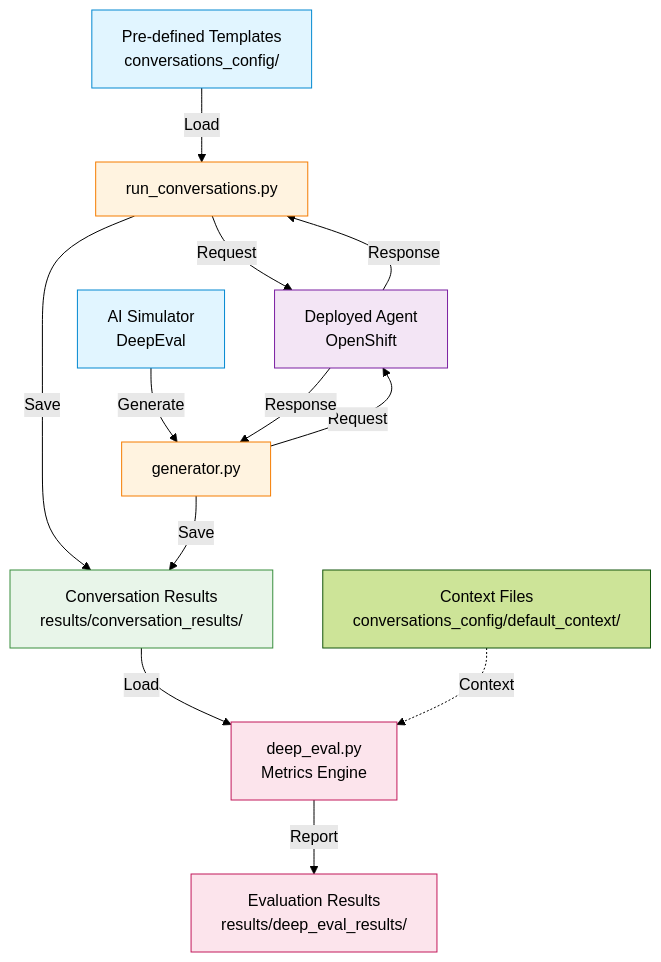
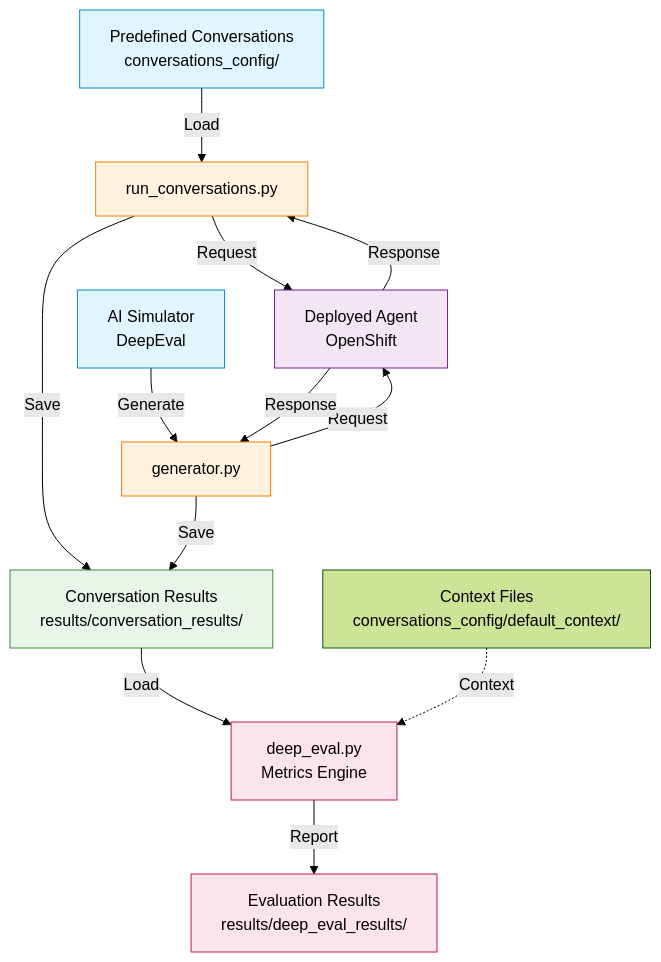
One commit to mhdawson/self-service-agent-blueprint changed the diagram in evaluations/README-NEW.md. Above: the diagram before and after it, drawn with Mermaid (forest theme). The commit also changed other lines of this file, not shown here.

````diff
--- a/evaluations/README-NEW.md
+++ b/evaluations/README-NEW.md
@@ -95,33 +95,33 @@
 ```mermaid
 flowchart TD
-    A[Pre-defined Templates<br/>conversations_config/]
+    A[Predefined Conversations<br/>conversations_config/]
     B[AI Simulator<br/>DeepEval]
     C[run_conversations.py]
     D[generator.py]
     E[Deployed Agent<br/>OpenShift]
     F[Conversation Results<br/>results/conversation_results/]
     G[deep_eval.py<br/>Metrics Engine]
     H[Evaluation Results<br/>results/deep_eval_results/]
     I[Context Files<br/>conversations_config/default_context/]
 
     A -->|Load| C
     B -->|Generate| D
     C & D -->|Request| E
     E -->|Response| C & D
     C & D -->|Save| F
     F -->|Load| G
     I -.->|Context| G
     G -->|Report| H
 
     classDef inputStyle fill:#e1f5ff,stroke:#0288d1
     classDef execStyle fill:#fff3e0,stroke:#f57c00
     classDef agentStyle fill:#f3e5f5,stroke:#7b1fa2
     classDef resultStyle fill:#e8f5e9,stroke:#388e3c
     classDef evalStyle fill:#fce4ec,stroke:#c2185b
 
     class A,B inputStyle
     class C,D execStyle
     class E agentStyle
     class F resultStyle
     class G,H evalStyle
 ```
````
